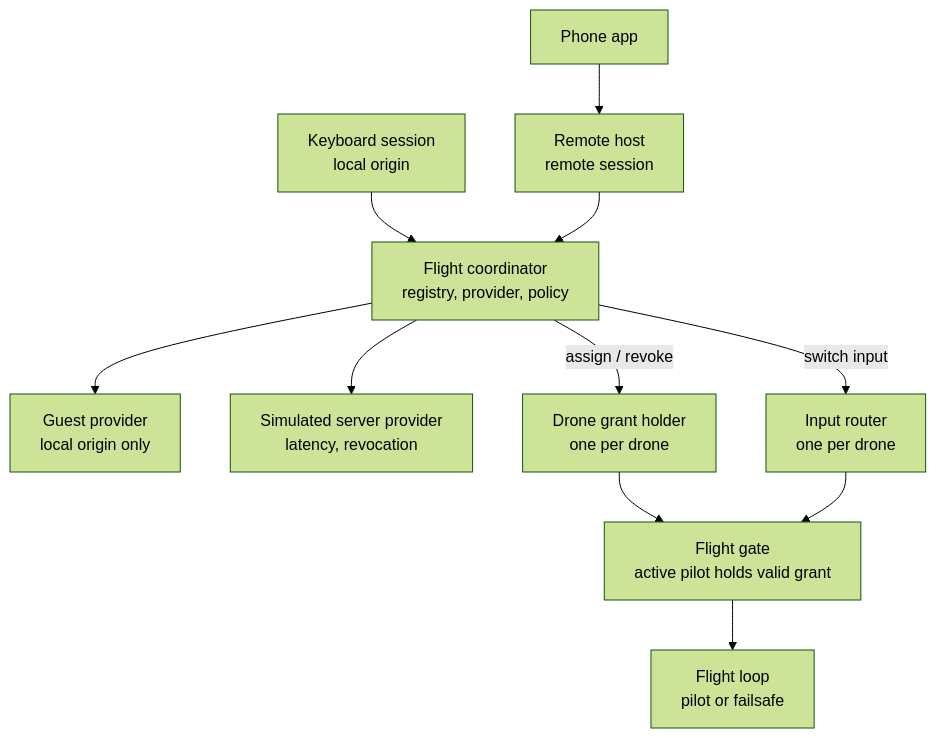
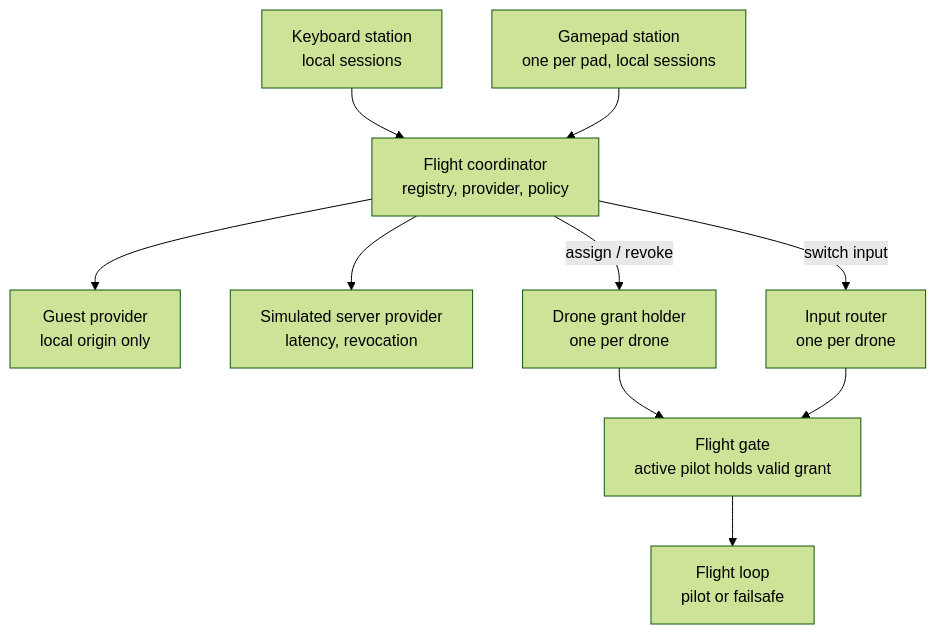
Before and after one commit to AlanKolic/DroneFlightModule: the fourth of 4 diagrams in Docs/Architecture.md, drawn with Mermaid (forest theme). The commit also changed other lines of this file and 64 other files, not shown here.

````diff
--- a/Docs/Architecture.md
+++ b/Docs/Architecture.md
@@ -211,13 +204,12 @@
 ```mermaid
 flowchart TB
-    Kb["Keyboard session<br/>local origin"] --> Coord["Flight coordinator<br/>registry, provider, policy"]
-    Phone["Phone app"] --> Host["Remote host<br/>remote session"]
-    Host --> Coord
+    Kb["Keyboard station<br/>local sessions"] --> Coord["Flight coordinator<br/>registry, provider, policy"]
+    Pad["Gamepad station<br/>one per pad, local sessions"] --> Coord
     Coord --> Guest["Guest provider<br/>local origin only"]
     Coord --> SimServer["Simulated server provider<br/>latency, revocation"]
     Coord -- assign / revoke --> Holder["Drone grant holder<br/>one per drone"]
     Coord -- switch input --> Router["Input router<br/>one per drone"]
     Holder --> Gate["Flight gate<br/>active pilot holds valid grant"]
     Router --> Gate
     Gate --> Loop["Flight loop<br/>pilot or failsafe"]
 ```
````
